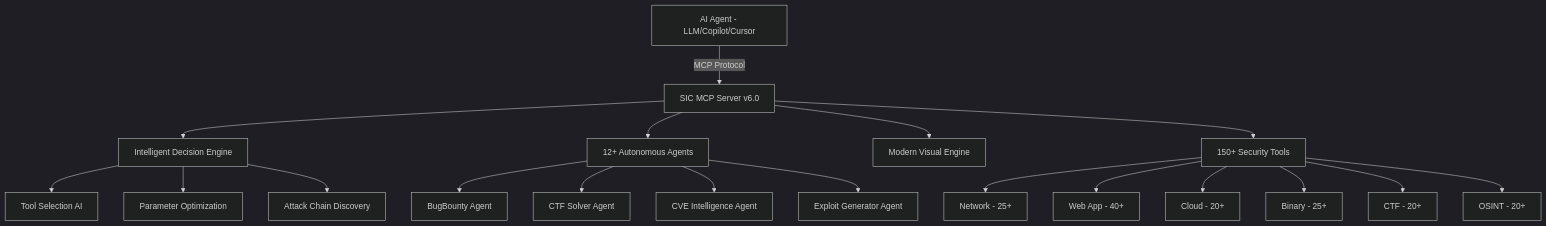
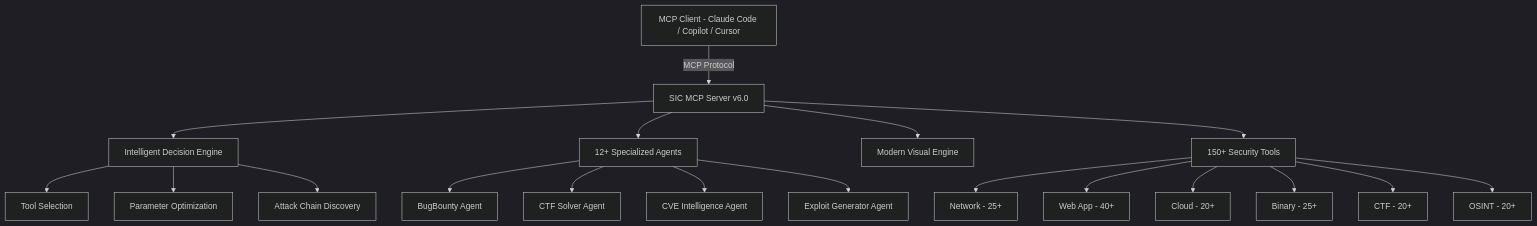
Before and after one commit to DevCraftXCoder/Security-Intelligence-Center: the diagram in README.md, drawn with Mermaid (dark theme). The commit also changed other lines of this file, not shown here.

Commit message:
fix: correct architecture — remove fabricated Docker/container section, match actual Flask+9888 stack

````diff
--- a/README.md
+++ b/README.md
@@ -111,25 +71,25 @@
 ```mermaid
 graph TD
-    A[AI Agent - LLM/Copilot/Cursor] -->|MCP Protocol| B[SIC MCP Server v6.0]
+    A[MCP Client - Claude Code / Copilot / Cursor] -->|MCP Protocol| B[SIC MCP Server v6.0]
 
     B --> C[Intelligent Decision Engine]
-    B --> D[12+ Autonomous Agents]
+    B --> D[12+ Specialized Agents]
     B --> E[Modern Visual Engine]
 
-    C --> F[Tool Selection AI]
+    C --> F[Tool Selection]
     C --> G[Parameter Optimization]
     C --> H[Attack Chain Discovery]
 
     D --> I[BugBounty Agent]
     D --> J[CTF Solver Agent]
     D --> K[CVE Intelligence Agent]
     D --> L[Exploit Generator Agent]
 
     B --> P[150+ Security Tools]
     P --> Q[Network - 25+]
     P --> R[Web App - 40+]
     P --> S[Cloud - 20+]
     P --> T[Binary - 25+]
     P --> U[CTF - 20+]
     P --> V[OSINT - 20+]
 ```
````
